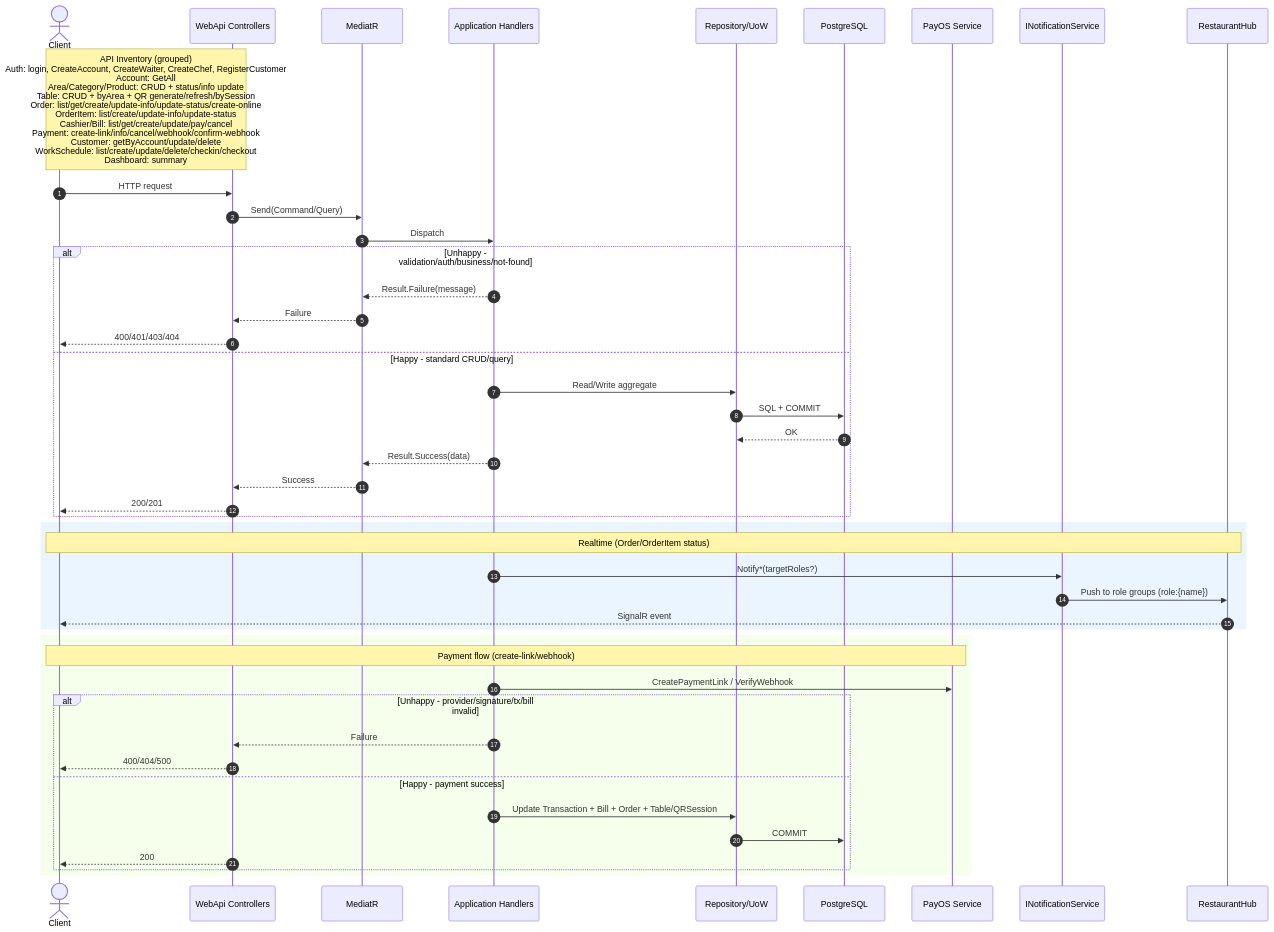
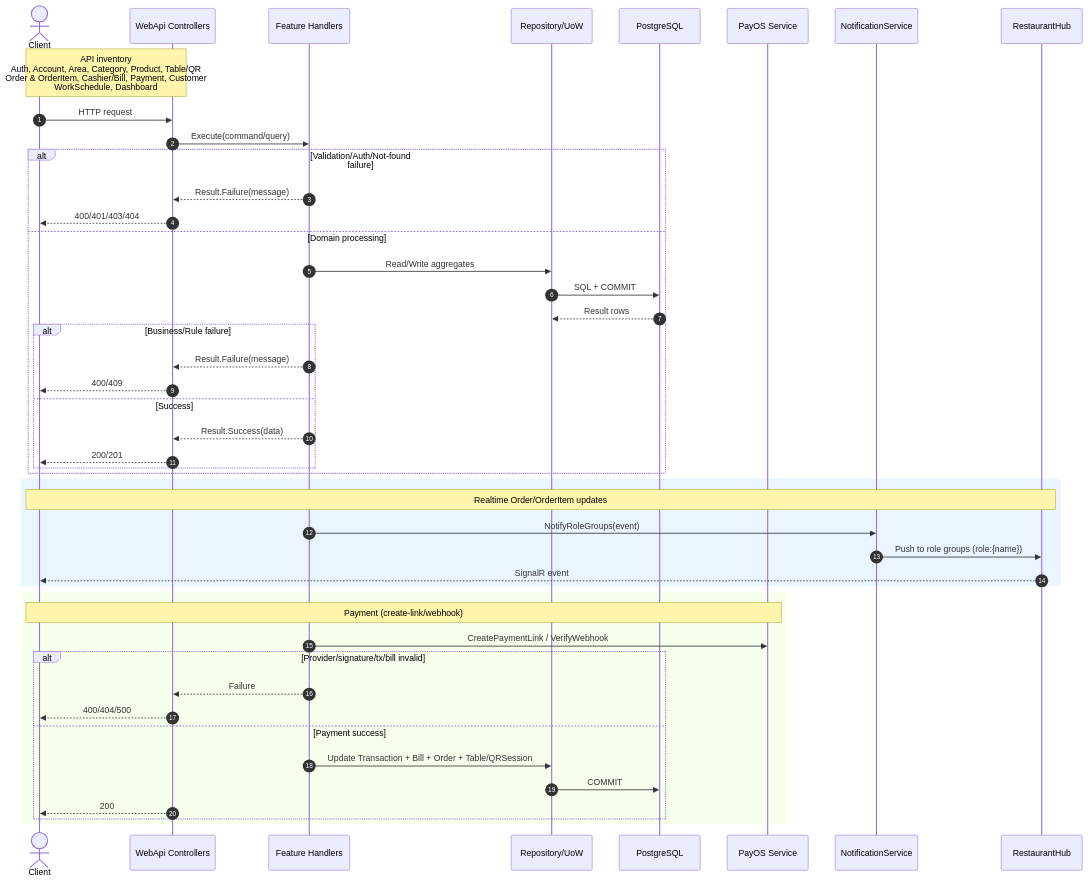
One commit to nguyendinhbao2004/RestaurantOrderTracking changed the diagram in docs/sequence-short-all-in-one.mmd. Above: the diagram before and after it, drawn with Mermaid. The commit also changed 9 other files, not shown here.

Commit message:
fix: refactor sequence diagram

```diff
--- a/docs/sequence-short-all-in-one.mmd
+++ b/docs/sequence-short-all-in-one.mmd
@@ -1,50 +1,52 @@
 sequenceDiagram
     autonumber
     actor Client
     participant API as WebApi Controllers
-    participant Med as MediatR
-    participant H as Application Handlers
+    participant FH as Feature Handlers
     participant Repo as Repository/UoW
     participant DB as PostgreSQL
     participant PayOS as PayOS Service
-    participant Noti as INotificationService
+    participant Noti as NotificationService
     participant Hub as RestaurantHub
 
-    Note over Client,API: API Inventory (grouped)<br/>Auth: login, CreateAccount, CreateWaiter, CreateChef, RegisterCustomer<br/>Account: GetAll<br/>Area/Category/Product: CRUD + status/info update<br/>Table: CRUD + byArea + QR generate/refresh/bySession<br/>Order: list/get/create/update-info/update-status/create-online<br/>OrderItem: list/create/update-info/update-status<br/>Cashier/Bill: list/get/create/update/pay/cancel<br/>Payment: create-link/info/cancel/webhook/confirm-webhook<br/>Customer: getByAccount/update/delete<br/>WorkSchedule: list/create/update/delete/checkin/checkout<br/>Dashboard: summary
+    Note over Client,API: API inventory<br/>Auth, Account, Area, Category, Product, Table/QR<br/>Order & OrderItem, Cashier/Bill, Payment, Customer<br/>WorkSchedule, Dashboard
 
     Client->>API: HTTP request
-    API->>Med: Send(Command/Query)
-    Med->>H: Dispatch
+    API->>FH: Execute(command/query)
 
-    alt Unhappy - validation/auth/business/not-found
-        H-->>Med: Result.Failure(message)
-        Med-->>API: Failure
+    alt Validation/Auth/Not-found failure
+        FH-->>API: Result.Failure(message)
         API-->>Client: 400/401/403/404
-    else Happy - standard CRUD/query
-        H->>Repo: Read/Write aggregate
+    else Domain processing
+        FH->>Repo: Read/Write aggregates
         Repo->>DB: SQL + COMMIT
-        DB-->>Repo: OK
-        H-->>Med: Result.Success(data)
-        Med-->>API: Success
-        API-->>Client: 200/201
+        DB-->>Repo: Result rows
+
+        alt Business/Rule failure
+            FH-->>API: Result.Failure(message)
+            API-->>Client: 400/409
+        else Success
+            FH-->>API: Result.Success(data)
+            API-->>Client: 200/201
+        end
     end
 
     rect rgb(235, 245, 255)
-        Note over Client,Hub: Realtime (Order/OrderItem status)
-        H->>Noti: Notify*(targetRoles?)
+        Note over Client,Hub: Realtime Order/OrderItem updates
+        FH->>Noti: NotifyRoleGroups(event)
         Noti->>Hub: Push to role groups (role:{name})
         Hub-->>Client: SignalR event
     end
 
     rect rgb(245, 255, 235)
-        Note over Client,PayOS: Payment flow (create-link/webhook)
-        H->>PayOS: CreatePaymentLink / VerifyWebhook
-        alt Unhappy - provider/signature/tx/bill invalid
-            H-->>API: Failure
+        Note over Client,PayOS: Payment (create-link/webhook)
+        FH->>PayOS: CreatePaymentLink / VerifyWebhook
+        alt Provider/signature/tx/bill invalid
+            FH-->>API: Failure
             API-->>Client: 400/404/500
-        else Happy - payment success
-            H->>Repo: Update Transaction + Bill + Order + Table/QRSession
+        else Payment success
+            FH->>Repo: Update Transaction + Bill + Order + Table/QRSession
             Repo->>DB: COMMIT
             API-->>Client: 200
         end
     end
```
